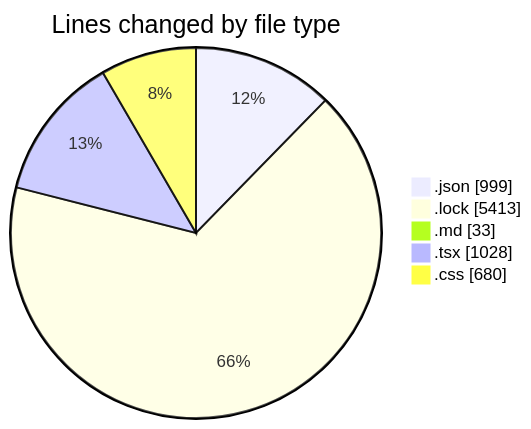
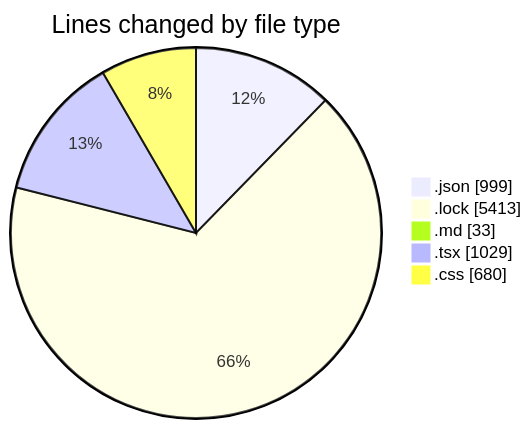
One commit to EIIisD/code-tracking changed the first of 2 diagrams in 2025-08-11/ribbon/README.md. Above: the diagram before and after it, drawn with Mermaid. The commit also changed other lines of this file and 1 other file, not shown here.

````diff
--- a/2025-08-11/ribbon/README.md
+++ b/2025-08-11/ribbon/README.md
@@ -38,9 +38,9 @@
 ```mermaid
 pie showData
 title Lines changed by file type
 ".json" : 999
 ".lock" : 5413
 ".md" : 33
-".tsx" : 1028
+".tsx" : 1029
 ".css" : 680
 ```
````
